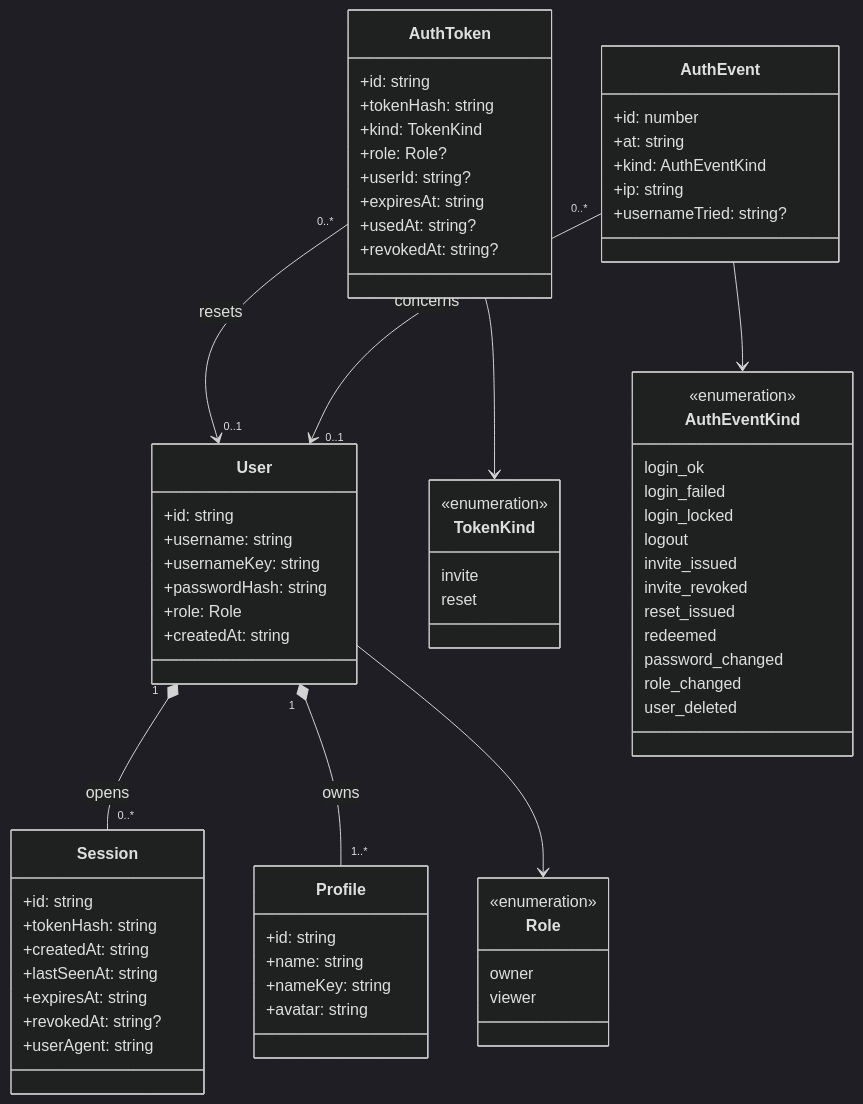
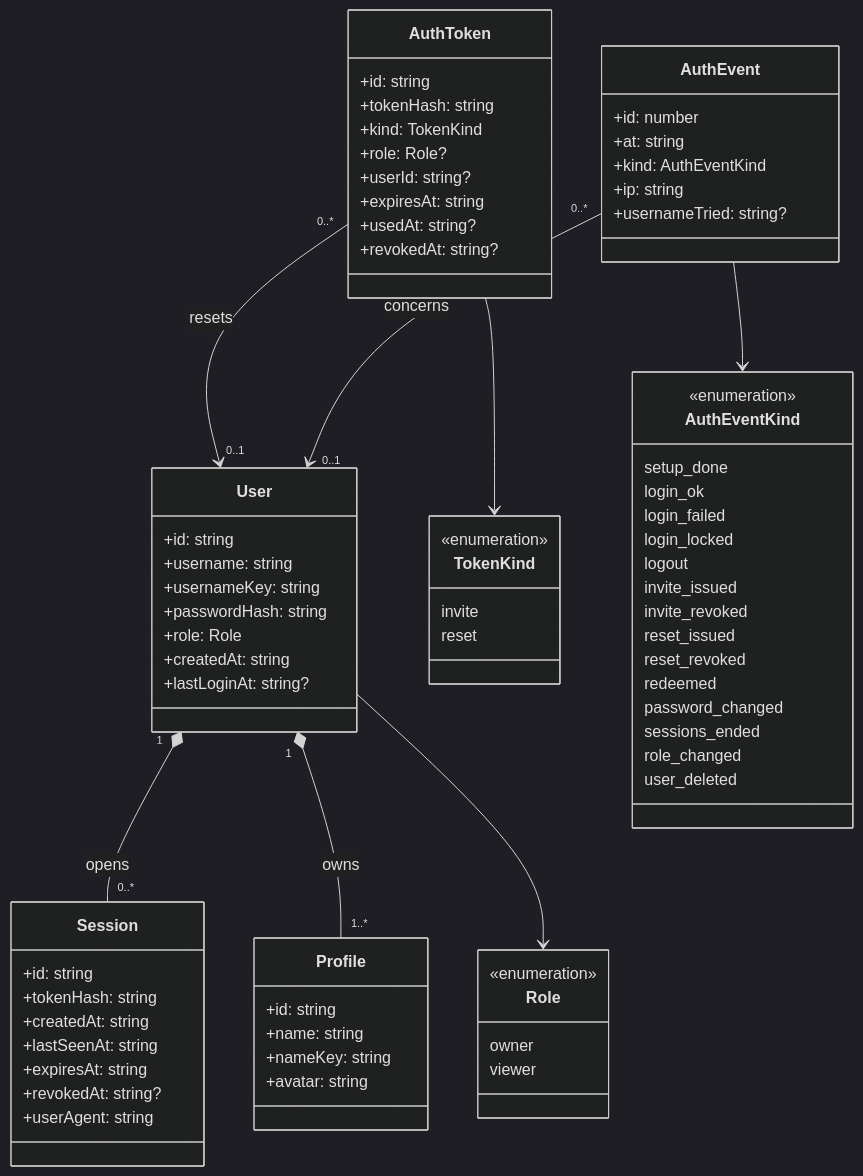
The diagram in docs/architecture/diagrams/auth/04-class.md (benoit-bremaud/popcorntv), drawn with Mermaid (dark theme) before and after one commit. The commit also changed 4 other files, not shown here.

````diff
--- a/docs/architecture/diagrams/auth/04-class.md
+++ b/docs/architecture/diagrams/auth/04-class.md
@@ -13,75 +13,79 @@
 ```mermaid
 classDiagram
   class User {
     +id: string
     +username: string
     +usernameKey: string
     +passwordHash: string
     +role: Role
     +createdAt: string
+    +lastLoginAt: string?
   }
   class Role {
     <<enumeration>>
     owner
     viewer
   }
   class Session {
     +id: string
     +tokenHash: string
     +createdAt: string
     +lastSeenAt: string
     +expiresAt: string
     +revokedAt: string?
     +userAgent: string
   }
   class AuthToken {
     +id: string
     +tokenHash: string
     +kind: TokenKind
     +role: Role?
     +userId: string?
     +expiresAt: string
     +usedAt: string?
     +revokedAt: string?
   }
   class TokenKind {
     <<enumeration>>
     invite
     reset
   }
   class AuthEvent {
     +id: number
     +at: string
     +kind: AuthEventKind
     +ip: string
     +usernameTried: string?
   }
   class AuthEventKind {
     <<enumeration>>
+    setup_done
     login_ok
     login_failed
     login_locked
     logout
     invite_issued
     invite_revoked
     reset_issued
+    reset_revoked
     redeemed
     password_changed
+    sessions_ended
     role_changed
     user_deleted
   }
   class Profile {
     +id: string
     +name: string
     +nameKey: string
     +avatar: string
   }
 
   User "1" *-- "0..*" Session : opens
   User "1" *-- "1..*" Profile : owns
   AuthToken "0..*" --> "0..1" User : resets
   AuthEvent "0..*" --> "0..1" User : concerns
   User --> Role
   AuthToken --> TokenKind
   AuthEvent --> AuthEventKind
 ```
````
